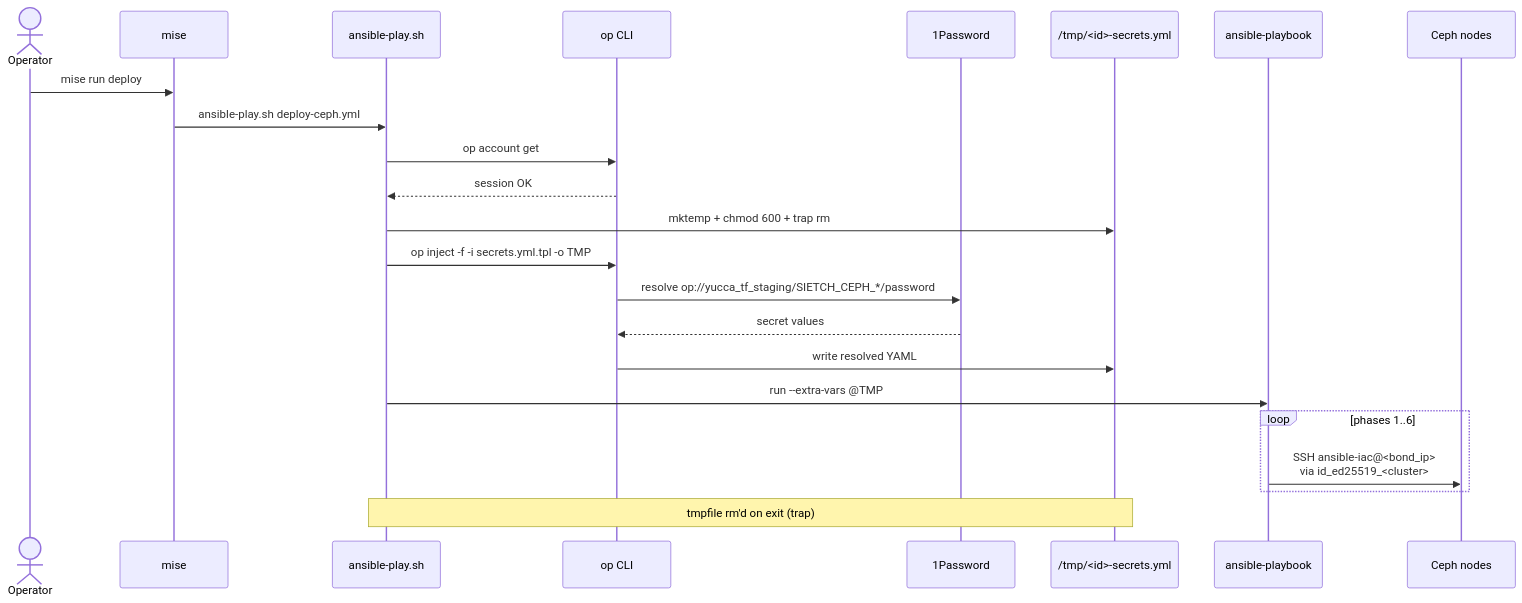
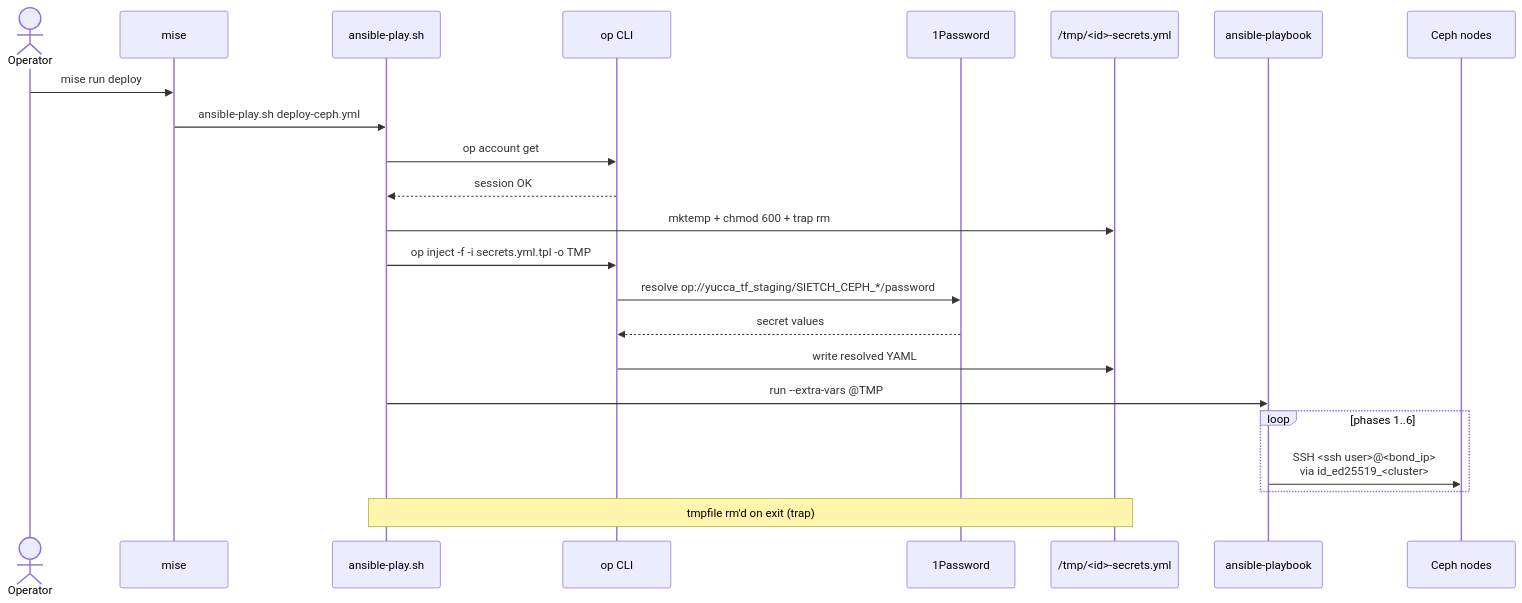
Before and after one commit to immich-app/yucca: the seventh of 11 diagrams in ansible/ceph/docs/architecture.md, drawn with Mermaid. The commit also changed other lines of this file and 4 other files, not shown here.

````diff
--- a/ansible/ceph/docs/architecture.md
+++ b/ansible/ceph/docs/architecture.md
@@ -591,26 +698,26 @@
 ```mermaid
 sequenceDiagram
     actor OP as Operator
     participant MISE as mise
     participant WRAP as ansible-play.sh
     participant OPCLI as op CLI
     participant ONEP as 1Password
     participant TMP as /tmp/<id>-secrets.yml
     participant ANS as ansible-playbook
     participant NODES as Ceph nodes
 
     OP->>MISE: mise run deploy
     MISE->>WRAP: ansible-play.sh deploy-ceph.yml
     WRAP->>OPCLI: op account get
     OPCLI-->>WRAP: session OK
     WRAP->>TMP: mktemp + chmod 600 + trap rm
     WRAP->>OPCLI: op inject -f -i secrets.yml.tpl -o TMP
     OPCLI->>ONEP: resolve op://yucca_tf_staging/SIETCH_CEPH_*/password
     ONEP-->>OPCLI: secret values
     OPCLI->>TMP: write resolved YAML
     WRAP->>ANS: run --extra-vars @TMP
     loop phases 1..6
-        ANS->>NODES: SSH ansible-iac@<bond_ip><br/>via id_ed25519_<cluster>
+        ANS->>NODES: SSH <ssh user>@<bond_ip><br/>via id_ed25519_<cluster>
     end
     Note over WRAP,TMP: tmpfile rm'd on exit (trap)
 ```
````
